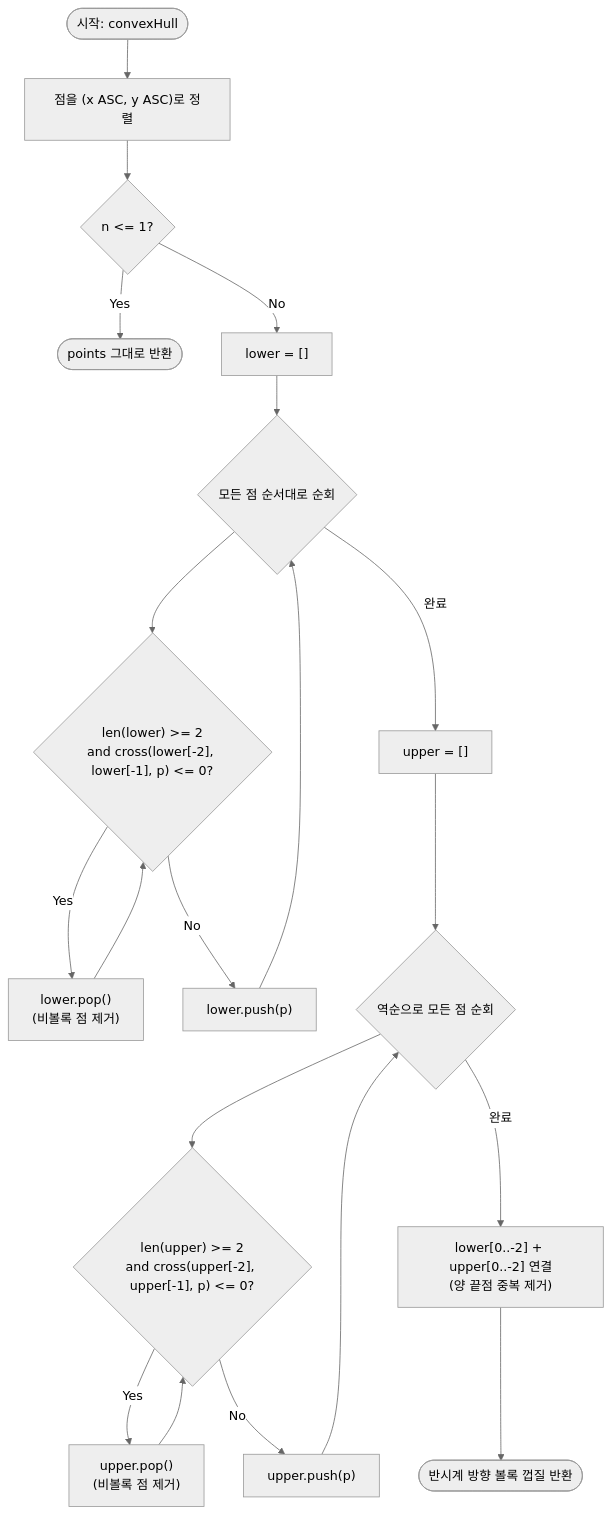
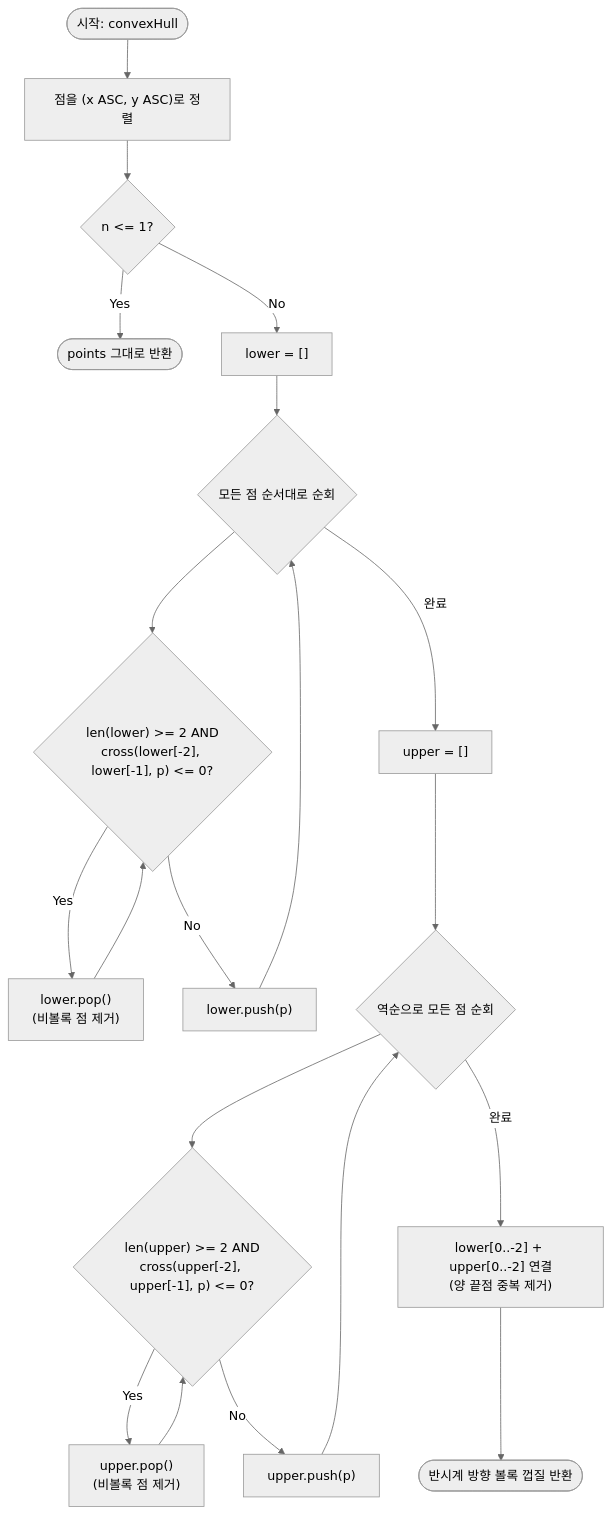
The diagram in src/algorithms/geometry/convexHull/convexHull-guide.mdx (centurio1987/grow-up-programming), drawn with Mermaid (neutral theme) before and after one commit. The commit also changed other lines of this file and 14 other files, not shown here.

````diff
--- a/src/algorithms/geometry/convexHull/convexHull-guide.mdx
+++ b/src/algorithms/geometry/convexHull/convexHull-guide.mdx
@@ -240,22 +368,22 @@
 ```mermaid
 flowchart TD
     A([시작: convexHull]) --> B["점을 (x ASC, y ASC)로 정렬"]
-    B --> C{n <= 1?}
+    B --> C{"n <= 1?"}
     C -->|Yes| R([points 그대로 반환])
     C -->|No| D["lower = []"]
-    D --> E{모든 점 순서대로 순회}
-    E --> F{"len(lower) >= 2\nand cross(lower[-2], lower[-1], p) <= 0?"}
-    F -->|Yes| G["lower.pop()\n(비볼록 점 제거)"]
+    D --> E{"모든 점 순서대로 순회"}
+    E --> F{"len(lower) >= 2 AND<br/>cross(lower[-2], lower[-1], p) <= 0?"}
+    F -->|Yes| G["lower.pop()<br/>(비볼록 점 제거)"]
     G --> F
     F -->|No| H["lower.push(p)"]
     H --> E
     E -->|완료| I["upper = []"]
-    I --> J{역순으로 모든 점 순회}
-    J --> K{"len(upper) >= 2\nand cross(upper[-2], upper[-1], p) <= 0?"}
-    K -->|Yes| L["upper.pop()\n(비볼록 점 제거)"]
+    I --> J{"역순으로 모든 점 순회"}
+    J --> K{"len(upper) >= 2 AND<br/>cross(upper[-2], upper[-1], p) <= 0?"}
+    K -->|Yes| L["upper.pop()<br/>(비볼록 점 제거)"]
     L --> K
     K -->|No| M["upper.push(p)"]
     M --> J
-    J -->|완료| N["lower[0..-2] + upper[0..-2] 연결\n(양 끝점 중복 제거)"]
+    J -->|완료| N["lower[0..-2] + upper[0..-2] 연결<br/>(양 끝점 중복 제거)"]
     N --> O([반시계 방향 볼록 껍질 반환])
 ```
````
